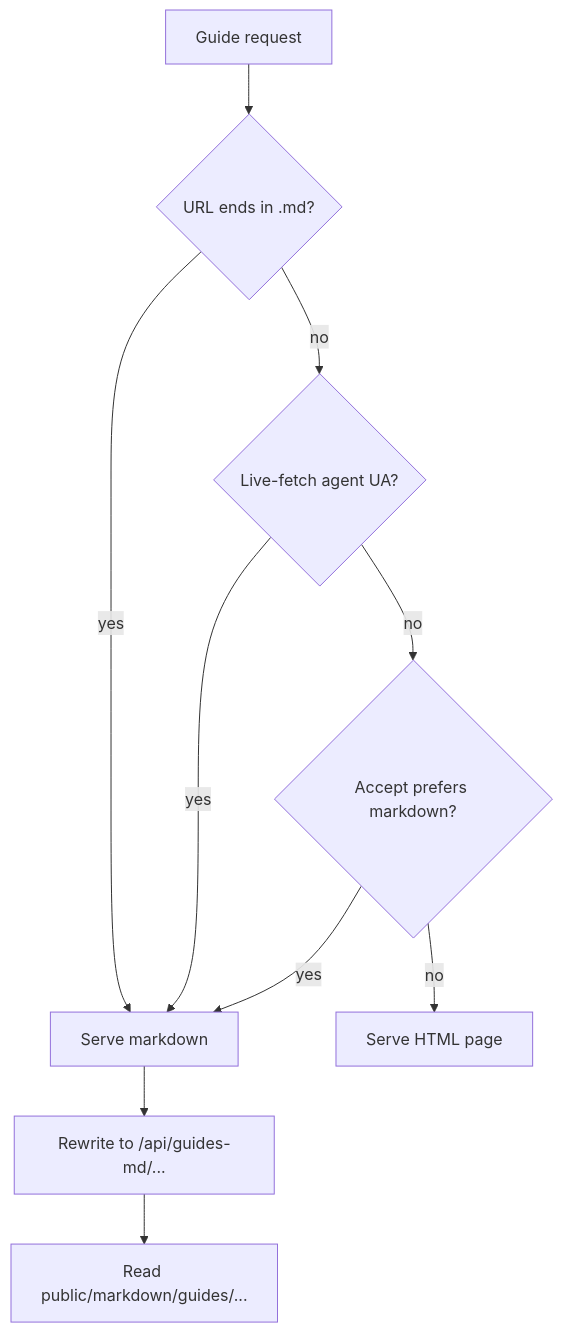
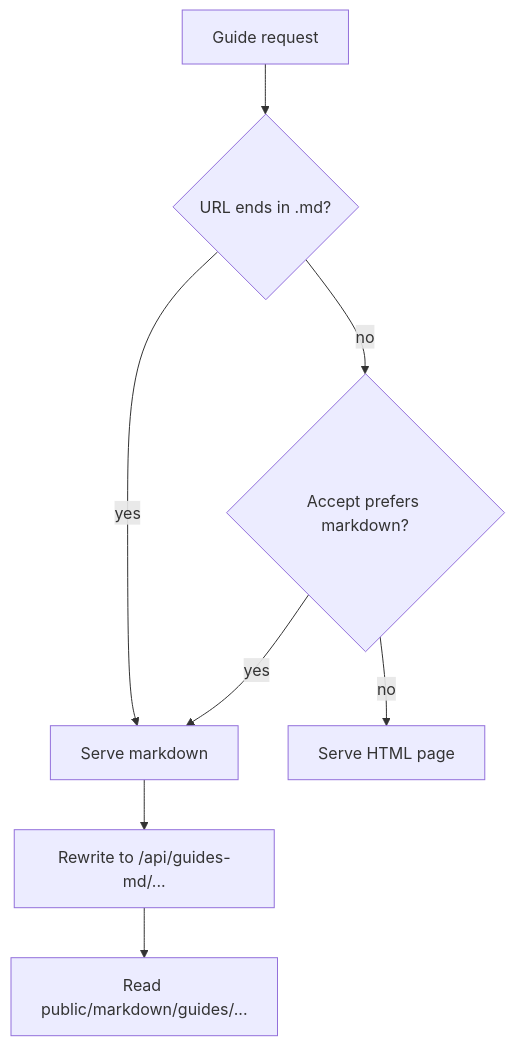
One commit to supabase/supabase changed the second of 2 diagrams in .agents/skills/ask-the-docs/reference/llm-agent-surface.md. Above: the diagram before and after it, drawn with Mermaid. The commit also changed other lines of this file, not shown here.

Commit message:
docs(agents): correct the markdown negotiation notes

````diff
--- a/.agents/skills/ask-the-docs/reference/llm-agent-surface.md
+++ b/.agents/skills/ask-the-docs/reference/llm-agent-surface.md
@@ -102,12 +102,10 @@
 ```mermaid
 flowchart TD
   req[Guide request] --> mdSuffix{URL ends in .md?}
   mdSuffix -->|yes| markdown[Serve markdown]
-  mdSuffix -->|no| agentUA{Live-fetch agent UA?}
-  agentUA -->|yes| markdown
-  agentUA -->|no| accept{Accept prefers markdown?}
+  mdSuffix -->|no| accept{Accept prefers markdown?}
   accept -->|yes| markdown
   accept -->|no| html[Serve HTML page]
   markdown --> rewrite["Rewrite to /api/guides-md/..."]
   rewrite --> file["Read public/markdown/guides/..."]
 ```
````
